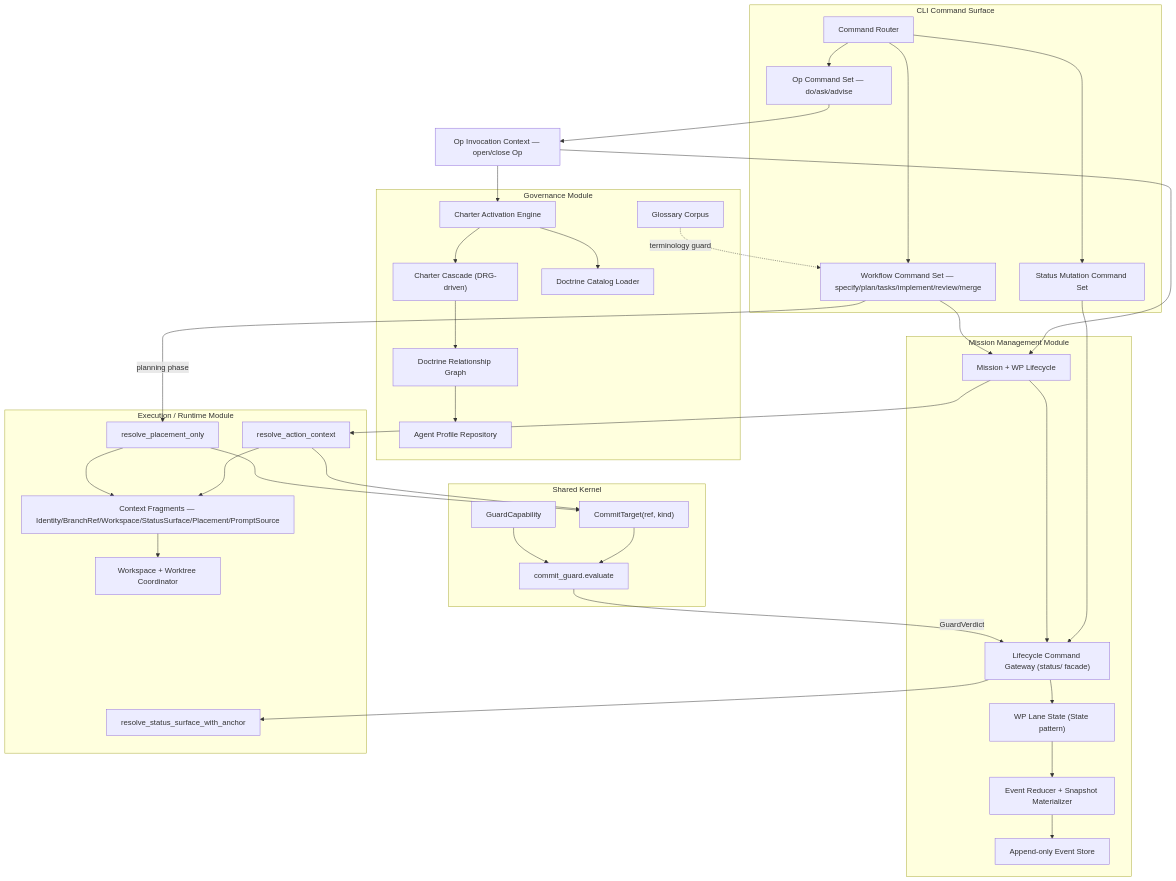
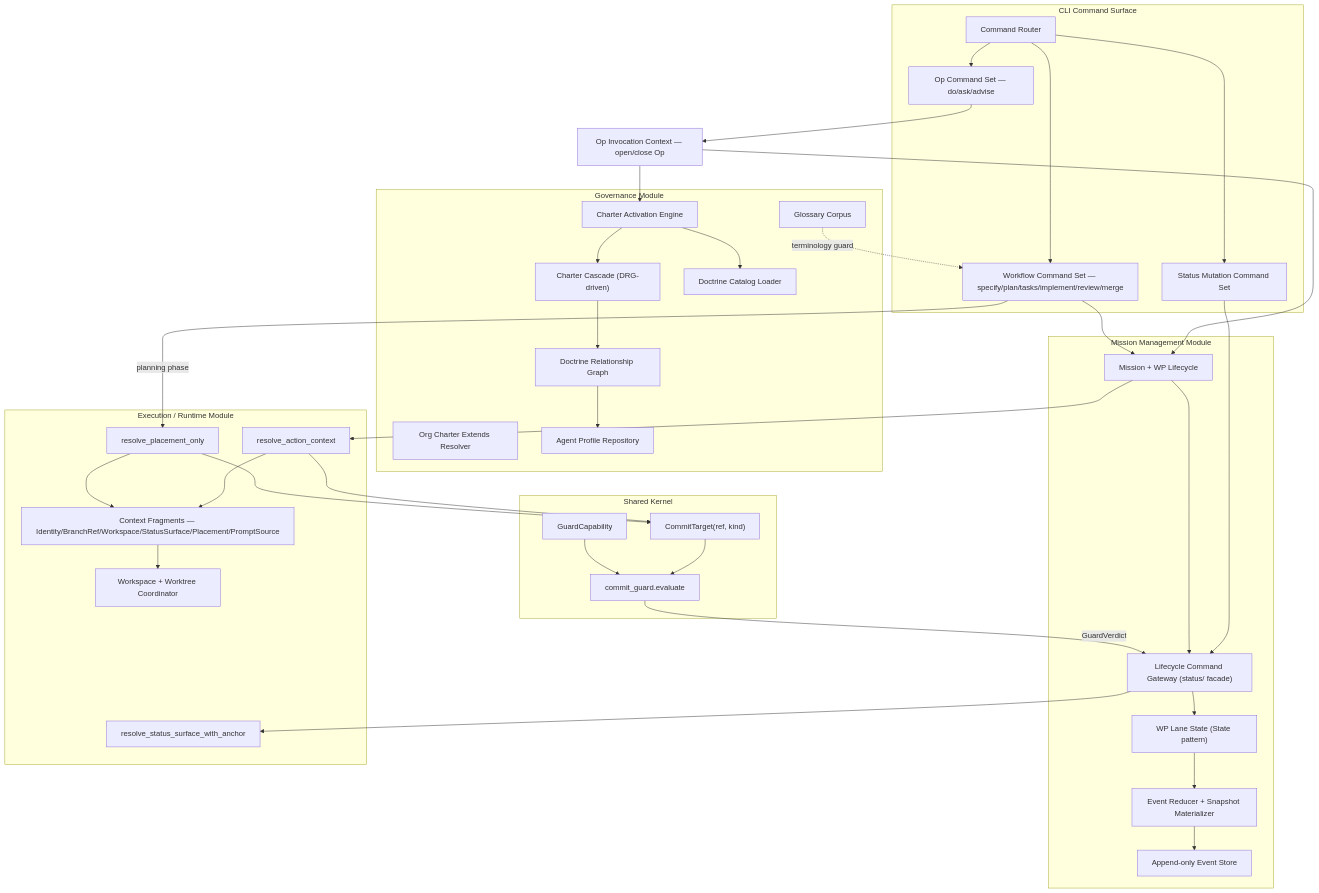
Before and after one commit to Priivacy-ai/spec-kitty: the first of 6 diagrams in architecture/diagrams/03_components/README.md, drawn with Mermaid. The commit also changed other lines of this file and 2 other files, not shown here.

````diff
--- a/architecture/diagrams/03_components/README.md
+++ b/architecture/diagrams/03_components/README.md
@@ -24,76 +24,77 @@
 ```mermaid
 flowchart TB
     subgraph CLI["CLI Command Surface"]
       router["Command Router"]
       workflow["Workflow Command Set — specify/plan/tasks/implement/review/merge"]
       statusCmd["Status Mutation Command Set"]
       opCmd["Op Command Set — do/ask/advise"]
     end
 
     subgraph Governance["Governance Module"]
       activation["Charter Activation Engine"]
       cascade["Charter Cascade (DRG-driven)"]
+      orgExtends["Org Charter Extends Resolver"]
       doctrineCatalog["Doctrine Catalog Loader"]
       drg["Doctrine Relationship Graph"]
       profileRepo["Agent Profile Repository"]
       glossaryCorpus["Glossary Corpus"]
     end
 
     subgraph Mission["Mission Management Module"]
       missionLifecycle["Mission + WP Lifecycle"]
       lifecycleGateway["Lifecycle Command Gateway (status/ facade)"]
       reducer["Event Reducer + Snapshot Materializer"]
       eventStore["Append-only Event Store"]
       laneState["WP Lane State (State pattern)"]
     end
 
     subgraph Execution["Execution / Runtime Module"]
       resolveAction["resolve_action_context"]
       resolvePlacement["resolve_placement_only"]
       resolveSurface["resolve_status_surface_with_anchor"]
       fragments["Context Fragments — Identity/BranchRef/Workspace/StatusSurface/Placement/PromptSource"]
       workspaceCoord["Workspace + Worktree Coordinator"]
     end
 
     subgraph Kernel["Shared Kernel"]
       commitTarget["CommitTarget(ref, kind)"]
       guardEval["commit_guard.evaluate"]
       guardCap["GuardCapability"]
     end
 
     invocation["Op Invocation Context — open/close Op"]
 
     router --> workflow
     router --> statusCmd
     router --> opCmd
 
     opCmd --> invocation
     invocation --> activation
     activation --> cascade
     cascade --> drg
     activation --> doctrineCatalog
     drg --> profileRepo
     invocation --> missionLifecycle
 
     workflow --> missionLifecycle
     statusCmd --> lifecycleGateway
     missionLifecycle --> lifecycleGateway
     lifecycleGateway --> laneState
     laneState --> reducer
     reducer --> eventStore
 
     missionLifecycle --> resolveAction
     workflow -->|planning phase| resolvePlacement
     lifecycleGateway --> resolveSurface
     resolveAction --> fragments
     resolvePlacement --> fragments
     fragments --> workspaceCoord
 
     resolveAction --> commitTarget
     resolvePlacement --> commitTarget
     commitTarget --> guardEval
     guardCap --> guardEval
     guardEval -->|GuardVerdict| lifecycleGateway
 
     glossaryCorpus -. terminology guard .-> workflow
 ```
````
